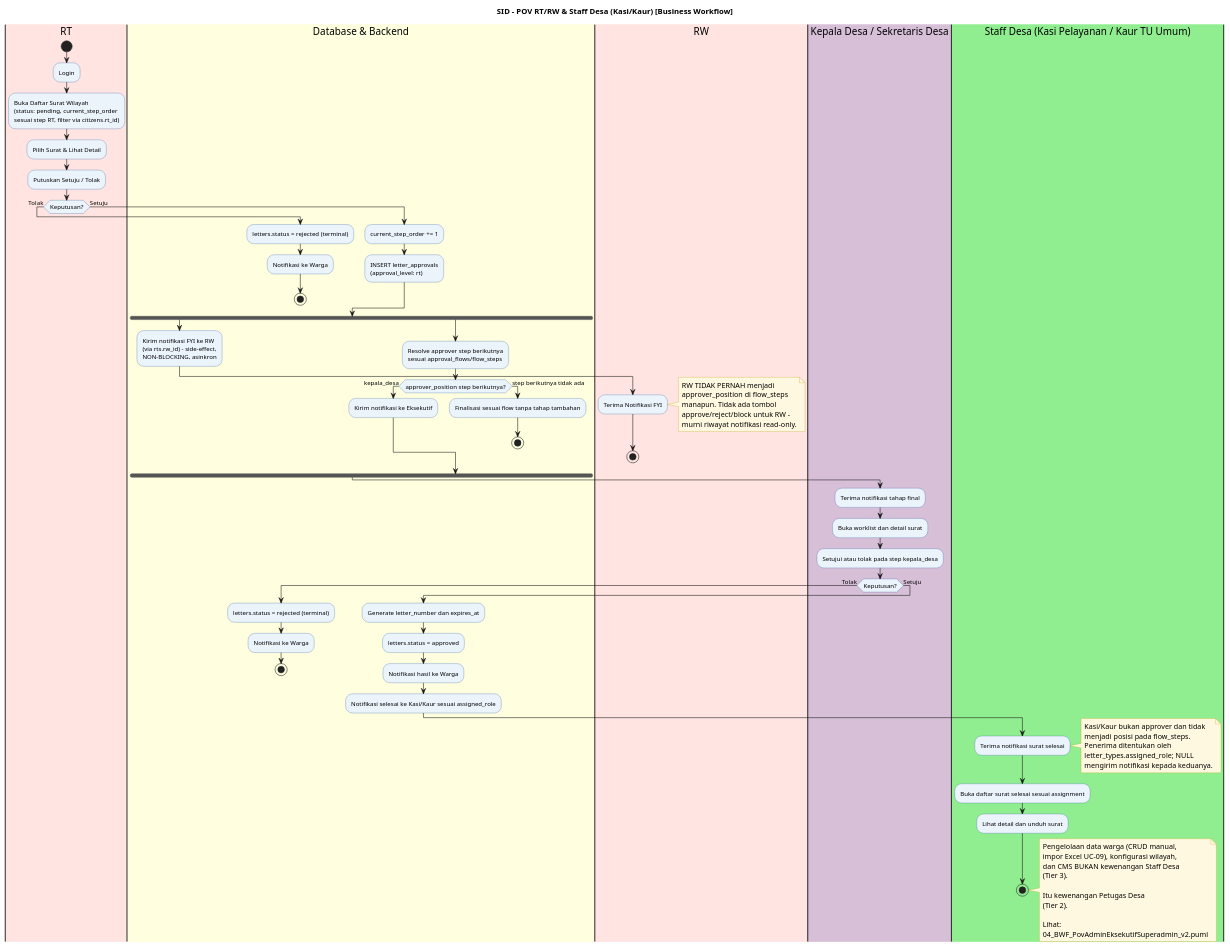
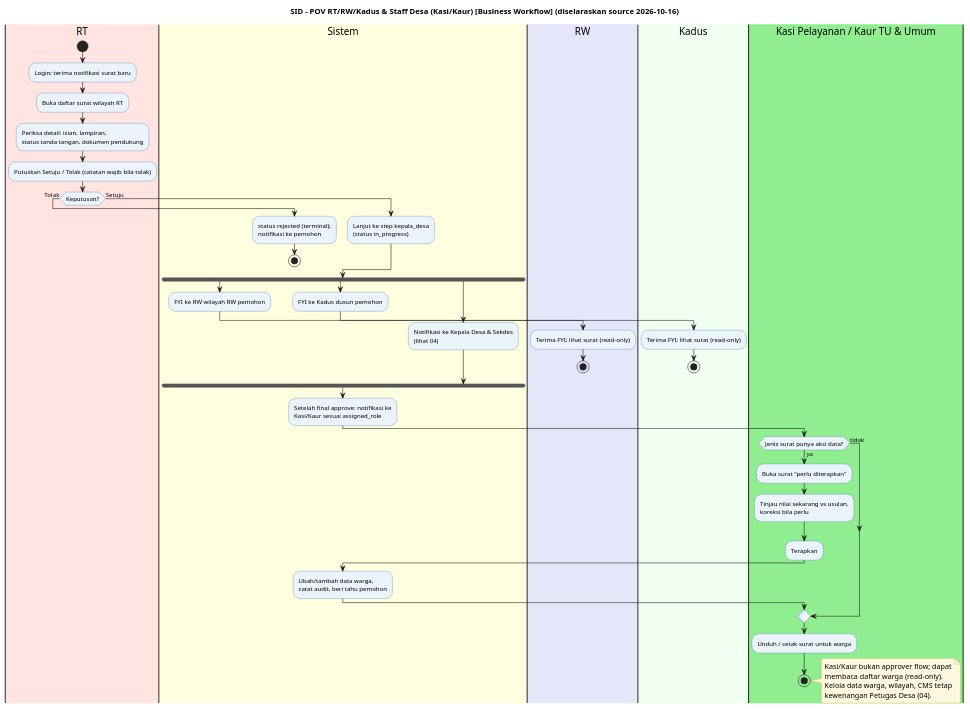
One commit to Vextronode/sid-app changed the diagram in docs/bussines_workflow/03_SID_POV_RTRW_StaffDesa.puml. Above: the diagram before and after it, drawn with PlantUML. The commit also changed 142 other files, not shown here.

```diff
--- a/docs/bussines_workflow/03_SID_POV_RTRW_StaffDesa.puml
+++ b/docs/bussines_workflow/03_SID_POV_RTRW_StaffDesa.puml
@@ -1,104 +1,70 @@
 @startuml
-
-title SID - POV RT/RW & Staff Desa (Kasi/Kaur) [Business Workflow]
+title SID - POV RT/RW/Kadus & Staff Desa (Kasi/Kaur) [Business Workflow] (diselaraskan source 2026-10-16)
 
 skinparam activity {
   BackgroundColor #EBF3FB
   BorderColor #2E5FA3
   FontName Arial
   FontSize 11
 }
 skinparam note {
   BackgroundColor #FFF8E1
   BorderColor #C0A000
 }
 
 |#MistyRose|RT|
 start
-:Login;
-:Buka Daftar Surat Wilayah\n(status: pending, current_step_order\nsesuai step RT, filter via citizens.rt_id);
-:Pilih Surat & Lihat Detail;
-:Putuskan Setuju / Tolak;
-
+:Login; terima notifikasi surat baru;
+:Buka daftar surat wilayah RT;
+:Periksa detail: isian, lampiran,\nstatus tanda tangan, dokumen pendukung;
+:Putuskan Setuju / Tolak (catatan wajib bila tolak);
 if (Keputusan?) then (Tolak)
-  |#LightYellow|Database & Backend|
-  :letters.status = rejected (terminal);
-  :Notifikasi ke Warga;
+  |#LightYellow|Sistem|
+  :status rejected (terminal);\nnotifikasi ke pemohon;
   stop
 else (Setuju)
-  |#LightYellow|Database & Backend|
-  :current_step_order += 1;
-  :INSERT letter_approvals\n(approval_level: rt);
-end if
+  |#LightYellow|Sistem|
+  :Lanjut ke step kepala_desa\n(status in_progress);
+endif
 
 fork
-  |#LightYellow|Database & Backend|
-  :Kirim notifikasi FYI ke RW\n(via rts.rw_id) - side-effect,\nNON-BLOCKING, asinkron;
-
-  |#MistyRose|RW|
-  :Terima Notifikasi FYI;
-  note right
-    RW TIDAK PERNAH menjadi
-    approver_position di flow_steps
-    manapun. Tidak ada tombol
-    approve/reject/block untuk RW -
-    murni riwayat notifikasi read-only.
-  end note
+  |#LightYellow|Sistem|
+  :FYI ke RW wilayah RW pemohon;
+  |#Lavender|RW|
+  :Terima FYI; lihat surat (read-only);
   stop
 fork again
-  |#LightYellow|Database & Backend|
-  :Resolve approver step berikutnya\nsesuai approval_flows/flow_steps;
-
-  if (approver_position step berikutnya?) then (kepala_desa)
-    :Kirim notifikasi ke Eksekutif;
-  else (step berikutnya tidak ada)
-    :Finalisasi sesuai flow tanpa tahap tambahan;
-    stop
-  endif
+  |#LightYellow|Sistem|
+  :FYI ke Kadus dusun pemohon;
+  |#Honeydew|Kadus|
+  :Terima FYI; lihat surat (read-only);
+  stop
+fork again
+  |#LightYellow|Sistem|
+  :Notifikasi ke Kepala Desa & Sekdes\n(lihat 04);
 end fork
 
-|#Thistle|Kepala Desa / Sekretaris Desa|
-:Terima notifikasi tahap final;
-:Buka worklist dan detail surat;
-:Setujui atau tolak pada step kepala_desa;
+|#LightYellow|Sistem|
+:Setelah final approve: notifikasi ke\nKasi/Kaur sesuai assigned_role;
 
-if (Keputusan?) then (Tolak)
-  |#LightYellow|Database & Backend|
-  :letters.status = rejected (terminal);
-  :Notifikasi ke Warga;
-  stop
-else (Setuju)
-  |#LightYellow|Database & Backend|
-  :Generate letter_number dan expires_at;
-  :letters.status = approved;
-  :Notifikasi hasil ke Warga;
-  :Notifikasi selesai ke Kasi/Kaur sesuai assigned_role;
+|#LightGreen|Kasi Pelayanan / Kaur TU & Umum|
+if (Jenis surat punya aksi data?) then (ya)
+  :Buka surat "perlu diterapkan";
+  :Tinjau nilai sekarang vs usulan,\nkoreksi bila perlu;
+  :Terapkan;
+  |#LightYellow|Sistem|
+  :Ubah/tambah data warga,\ncatat audit, beri tahu pemohon;
+  |#LightGreen|Kasi Pelayanan / Kaur TU & Umum|
+else (tidak)
 endif
-
-|#LightGreen|Staff Desa (Kasi Pelayanan / Kaur TU Umum)|
-:Terima notifikasi surat selesai;
-note right
-  Kasi/Kaur bukan approver dan tidak
-  menjadi posisi pada flow_steps.
-  Penerima ditentukan oleh
-  letter_types.assigned_role; NULL
-  mengirim notifikasi kepada keduanya.
-end note
-:Buka daftar surat selesai sesuai assignment;
-:Lihat detail dan unduh surat;
+:Unduh / cetak surat untuk warga;
 stop
 
 note right
-  Pengelolaan data warga (CRUD manual,
-  impor Excel UC-09), konfigurasi wilayah,
-  dan CMS BUKAN kewenangan Staff Desa
-  (Tier 3).
-
-  Itu kewenangan Petugas Desa
-  (Tier 2).
-
-  Lihat:
-  04_BWF_PovAdminEksekutifSuperadmin_v2.puml
+  Kasi/Kaur bukan approver flow; dapat
+  membaca daftar warga (read-only).
+  Kelola data warga, wilayah, CMS tetap
+  kewenangan Petugas Desa (04).
 end note
 
 @enduml
```
